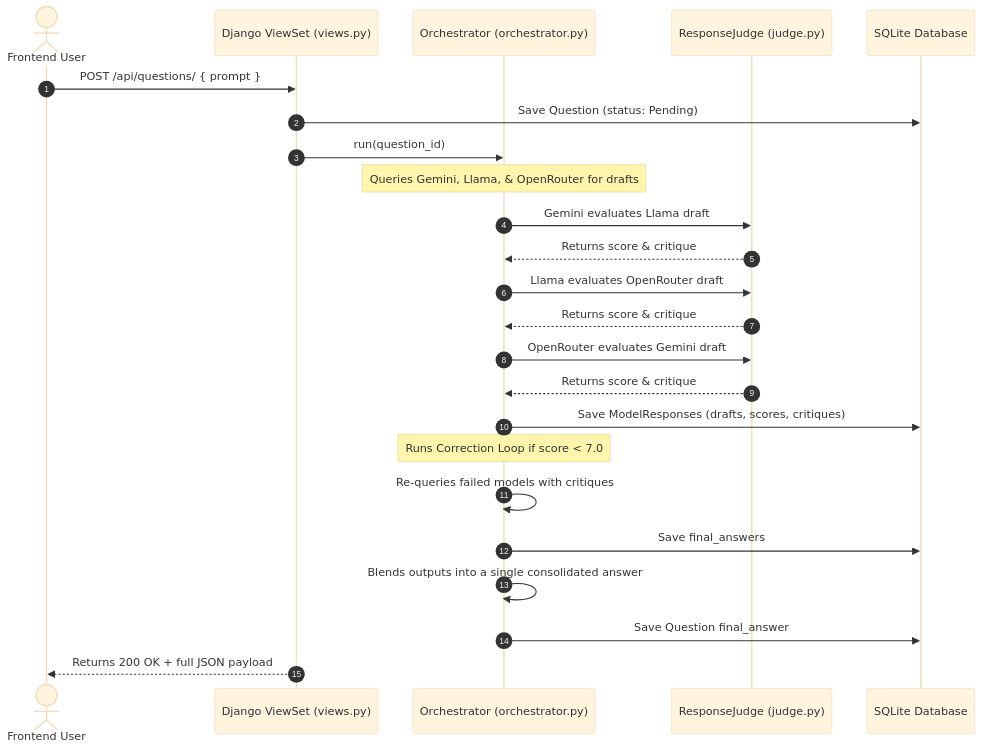
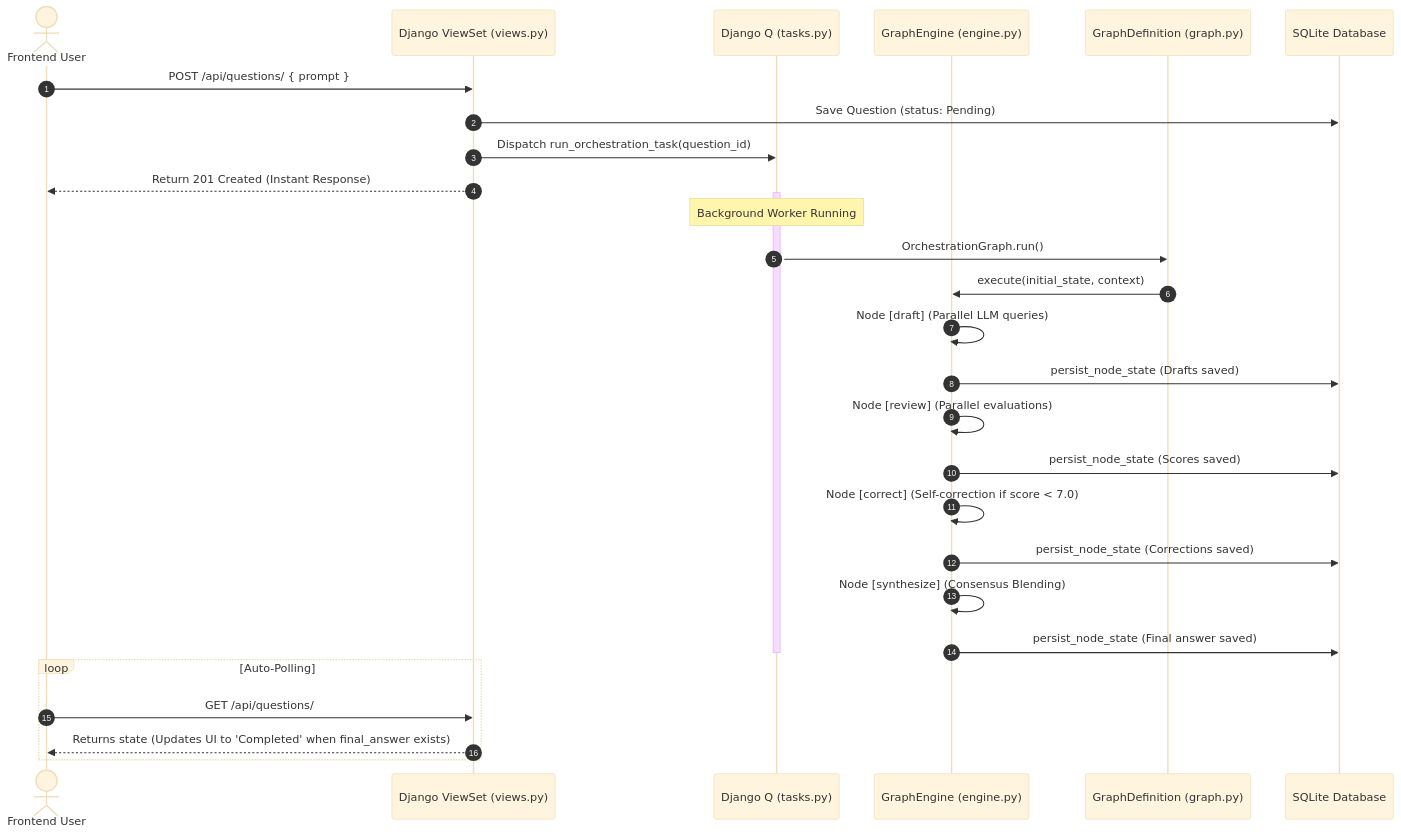
Before and after one commit to nisarg1212/Think0by1: the diagram in README.md, drawn with Mermaid (base theme). The commit also changed other lines of this file, not shown here.

Commit message:
feat: upgrade orchestration to async StateGraph engine using Django Q2 and Pydantic for structured background workflows

````diff
--- a/README.md
+++ b/README.md
@@ -25,27 +24,38 @@
 ```mermaid
 sequenceDiagram
     autonumber
     actor User as Frontend User
     participant V as Django ViewSet (views.py)
-    participant O as Orchestrator (orchestrator.py)
-    participant J as ResponseJudge (judge.py)
+    participant Q as Django Q (tasks.py)
+    participant GE as GraphEngine (engine.py)
+    participant GD as GraphDefinition (graph.py)
     participant DB as SQLite Database
 
     User->>V: POST /api/questions/ { prompt }
     V->>DB: Save Question (status: Pending)
-    V->>O: run(question_id)
-    Note over O: Queries Gemini, Llama, & OpenRouter for drafts
-    O->>J: Gemini evaluates Llama draft
-    J-->>O: Returns score & critique
-    O->>J: Llama evaluates OpenRouter draft
-    J-->>O: Returns score & critique
-    O->>J: OpenRouter evaluates Gemini draft
-    J-->>O: Returns score & critique
-    O->>DB: Save ModelResponses (drafts, scores, critiques)
-    Note over O: Runs Correction Loop if score < 7.0
-    O->>O: Re-queries failed models with critiques
-    O->>DB: Save final_answers
-    O->>O: Blends outputs into a single consolidated answer
-    O->>DB: Save Question final_answer
-    V-->>User: Returns 200 OK + full JSON payload
+    V->>Q: Dispatch run_orchestration_task(question_id)
+    V-->>User: Return 201 Created (Instant Response)
+    
+    activate Q
+    Note over Q: Background Worker Running
+    Q->>GD: OrchestrationGraph.run()
+    GD->>GE: execute(initial_state, context)
+
+    GE->>GE: Node [draft] (Parallel LLM queries)
+    GE->>DB: persist_node_state (Drafts saved)
+    
+    GE->>GE: Node [review] (Parallel evaluations)
+    GE->>DB: persist_node_state (Scores saved)
+    
+    GE->>GE: Node [correct] (Self-correction if score < 7.0)
+    GE->>DB: persist_node_state (Corrections saved)
+    
+    GE->>GE: Node [synthesize] (Consensus Blending)
+    GE->>DB: persist_node_state (Final answer saved)
+    deactivate Q
+
+    loop Auto-Polling
+        User->>V: GET /api/questions/
+        V-->>User: Returns state (Updates UI to 'Completed' when final_answer exists)
+    end
 ```
````
